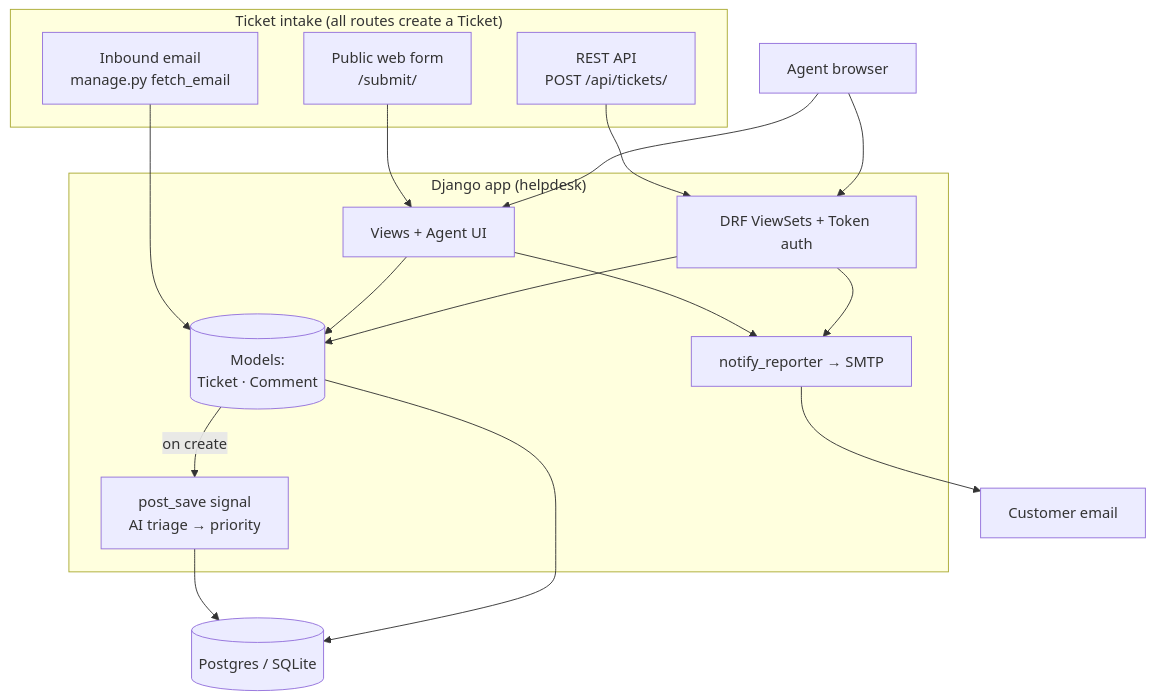
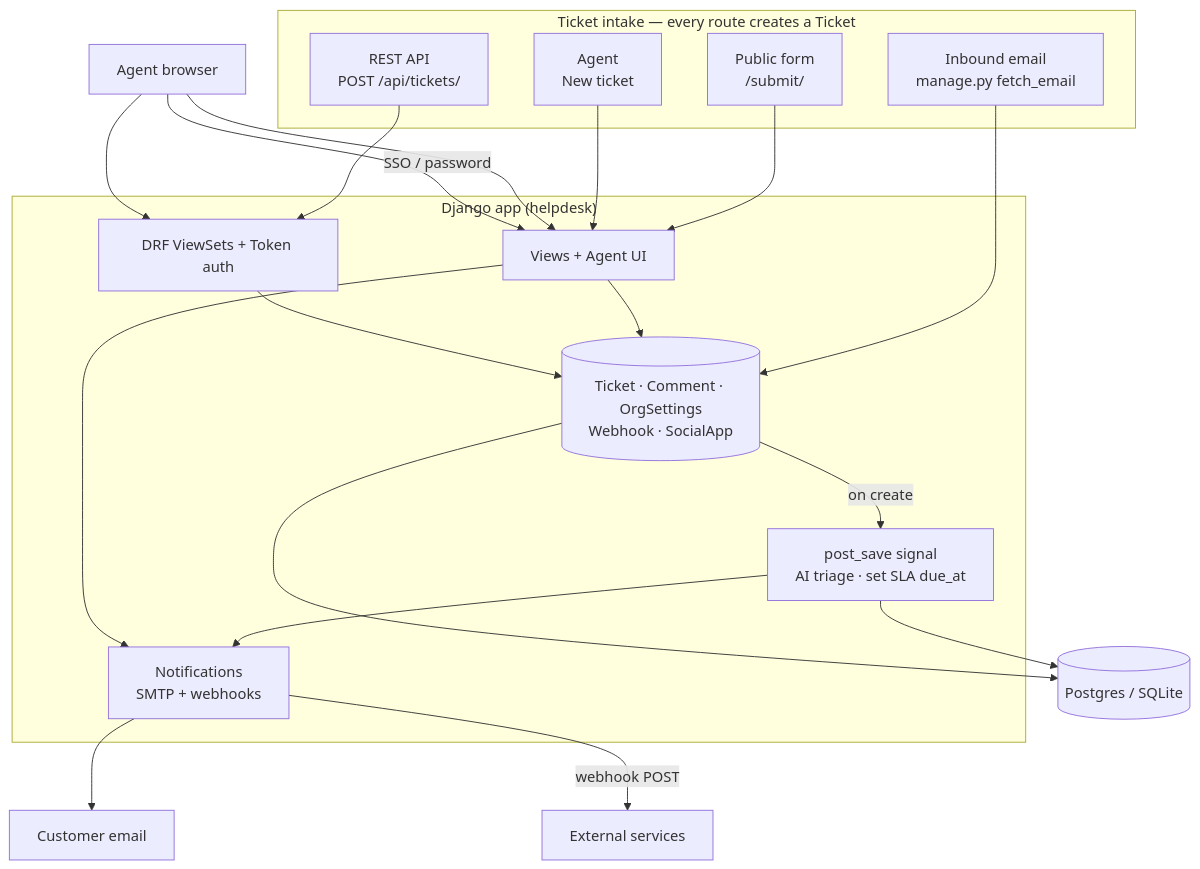
The first of 5 diagrams in README.md (akheels-web/Deskless), drawn with Mermaid before and after one commit. The commit also changed other lines of this file, not shown here.

Commit message:
docs: update README with expanded feature list, architecture diagrams, and deployment instructions

````diff
--- a/README.md
+++ b/README.md
@@ -16,34 +23,39 @@
 ```mermaid
 graph TD
-    subgraph Intake["Ticket intake (all routes create a Ticket)"]
-        WEB[Public web form<br/>/submit/]
+    subgraph Intake["Ticket intake — every route creates a Ticket"]
+        WEB[Public form<br/>/submit/]
         MAIL[Inbound email<br/>manage.py fetch_email]
         API_IN[REST API<br/>POST /api/tickets/]
+        AGENTNEW[Agent<br/>New ticket]
     end
 
     subgraph App["Django app (helpdesk)"]
         VIEWS[Views + Agent UI]
         DRF[DRF ViewSets + Token auth]
-        SIGNAL[post_save signal<br/>AI triage → priority]
-        MODELS[(Models:<br/>Ticket · Comment)]
-        NOTIFY[notify_reporter → SMTP]
+        SIGNAL[post_save signal<br/>AI triage · set SLA due_at]
+        MODELS[(Ticket · Comment · OrgSettings<br/>Webhook · SocialApp)]
+        NOTIFY[Notifications<br/>SMTP + webhooks]
     end
 
     DB[(Postgres / SQLite)]
     AGENT[Agent browser]
     CUST[Customer email]
+    EXT[External services]
 
     WEB --> VIEWS
+    AGENTNEW --> VIEWS
     MAIL --> MODELS
     API_IN --> DRF
     VIEWS --> MODELS
     DRF --> MODELS
     MODELS -->|on create| SIGNAL
     SIGNAL --> DB
+    SIGNAL --> NOTIFY
     MODELS --> DB
     AGENT --> VIEWS
+    AGENT -->|SSO / password| VIEWS
     AGENT --> DRF
     VIEWS --> NOTIFY
-    DRF --> NOTIFY
     NOTIFY --> CUST
+    NOTIFY -->|webhook POST| EXT
 ```
````
